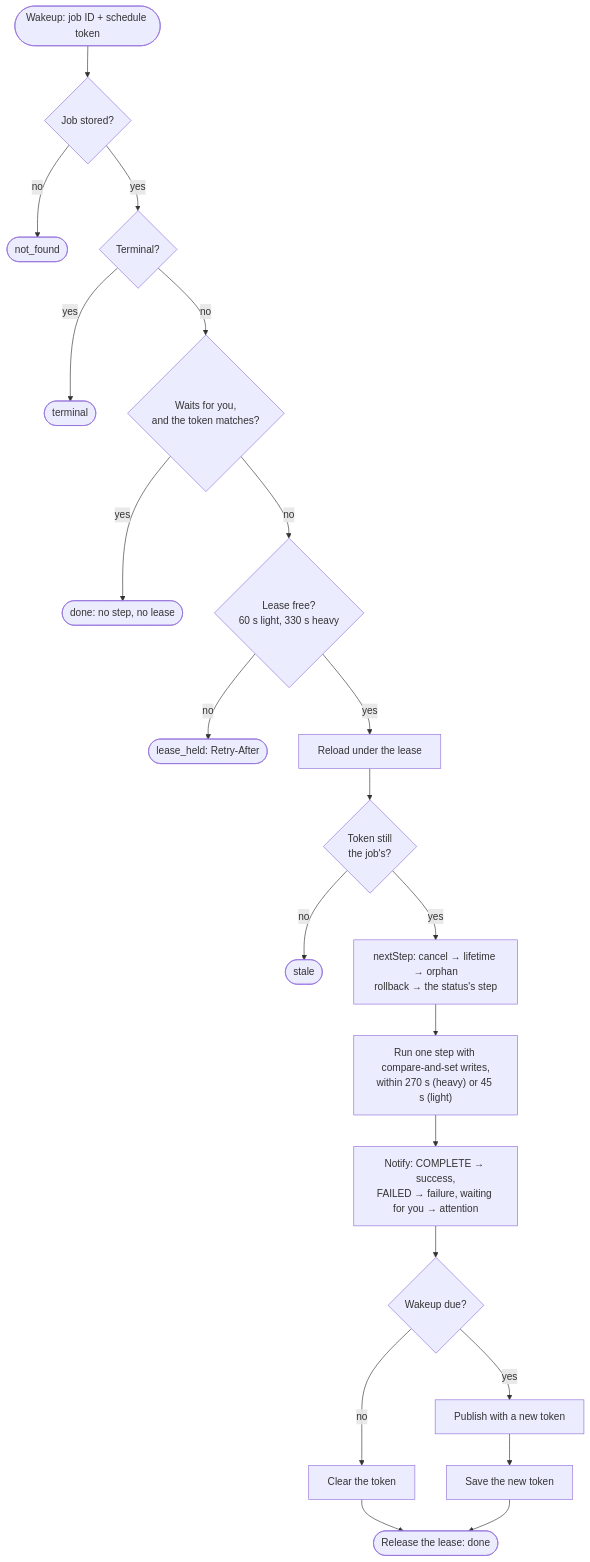
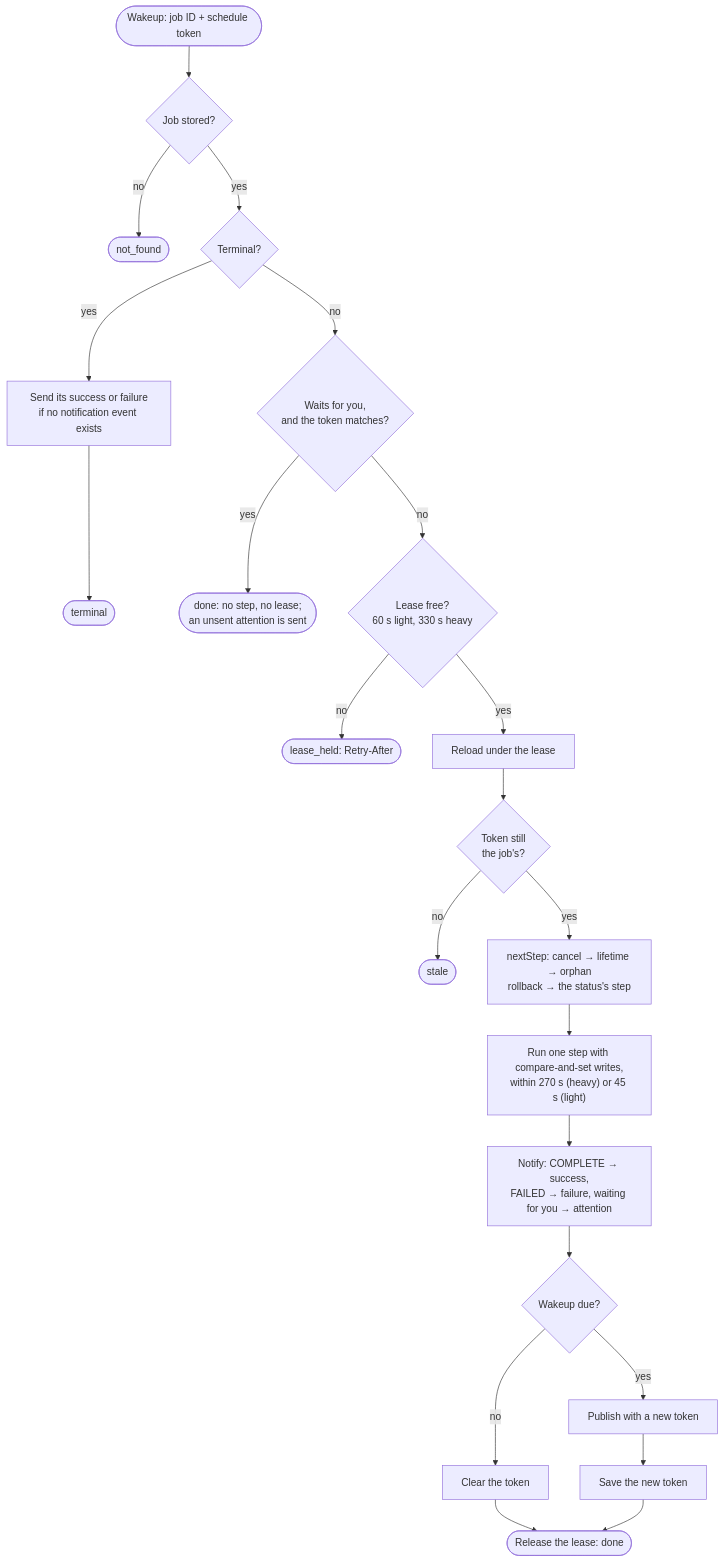
One commit to itemka/nodejs-backend-mastery changed the first of 4 diagrams in workspaces/apps/notion-backup-automation/docs/backup-lifecycle.md. Above: the diagram before and after it, drawn with Mermaid. The commit also changed 7 other files, not shown here.

````diff
--- a/workspaces/apps/notion-backup-automation/docs/backup-lifecycle.md
+++ b/workspaces/apps/notion-backup-automation/docs/backup-lifecycle.md
@@ -14,23 +14,24 @@
 ```mermaid
 flowchart TD
   Wakeup([Wakeup: job ID + schedule token]) --> Load{Job stored?}
   Load -->|no| NotFound([not_found])
   Load -->|yes| Ended{Terminal?}
-  Ended -->|yes| Terminal([terminal])
+  Ended -->|yes| Recover[Send its success or failure<br/>if no notification event exists]
+  Recover --> Terminal([terminal])
   Ended -->|no| Idle{Waits for you,<br/>and the token matches?}
-  Idle -->|yes| Noop([done: no step, no lease])
+  Idle -->|yes| Noop([done: no step, no lease;<br/>an unsent attention is sent])
   Idle -->|no| Lease{Lease free?<br/>60 s light, 330 s heavy}
   Lease -->|no| Held([lease_held: Retry-After])
   Lease -->|yes| Reload[Reload under the lease]
   Reload --> Token{Token still<br/>the job's?}
   Token -->|no| Stale([stale])
   Token -->|yes| Step["nextStep: cancel → lifetime → orphan<br/>rollback → the status's step"]
   Step --> Run["Run one step with compare-and-set writes,<br/>within 270 s (heavy) or 45 s (light)"]
   Run --> Notify["Notify: COMPLETE → success,<br/>FAILED → failure, waiting for you → attention"]
   Notify --> Due{Wakeup due?}
   Due -->|no| Clear[Clear the token]
   Due -->|yes| Publish[Publish with a new token]
   Publish --> Save[Save the new token]
   Clear --> Release([Release the lease: done])
   Save --> Release
 ```
````
